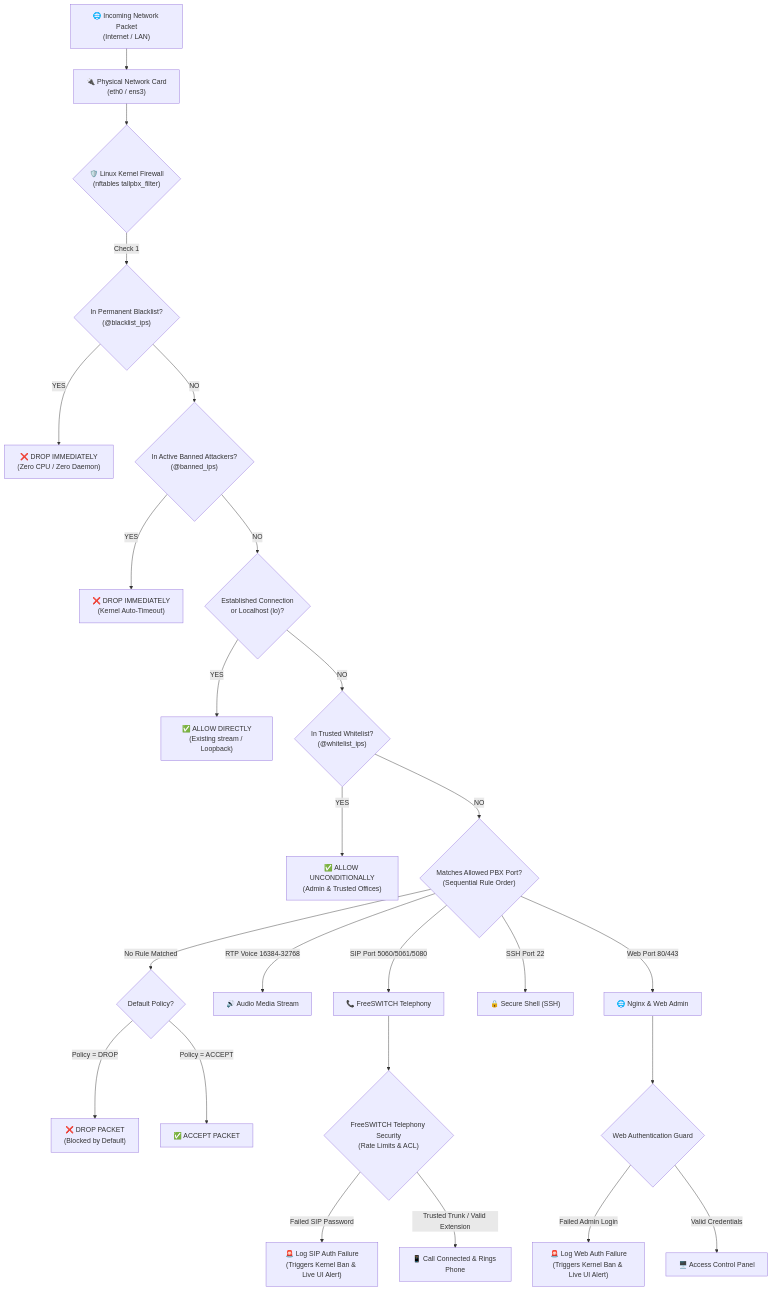
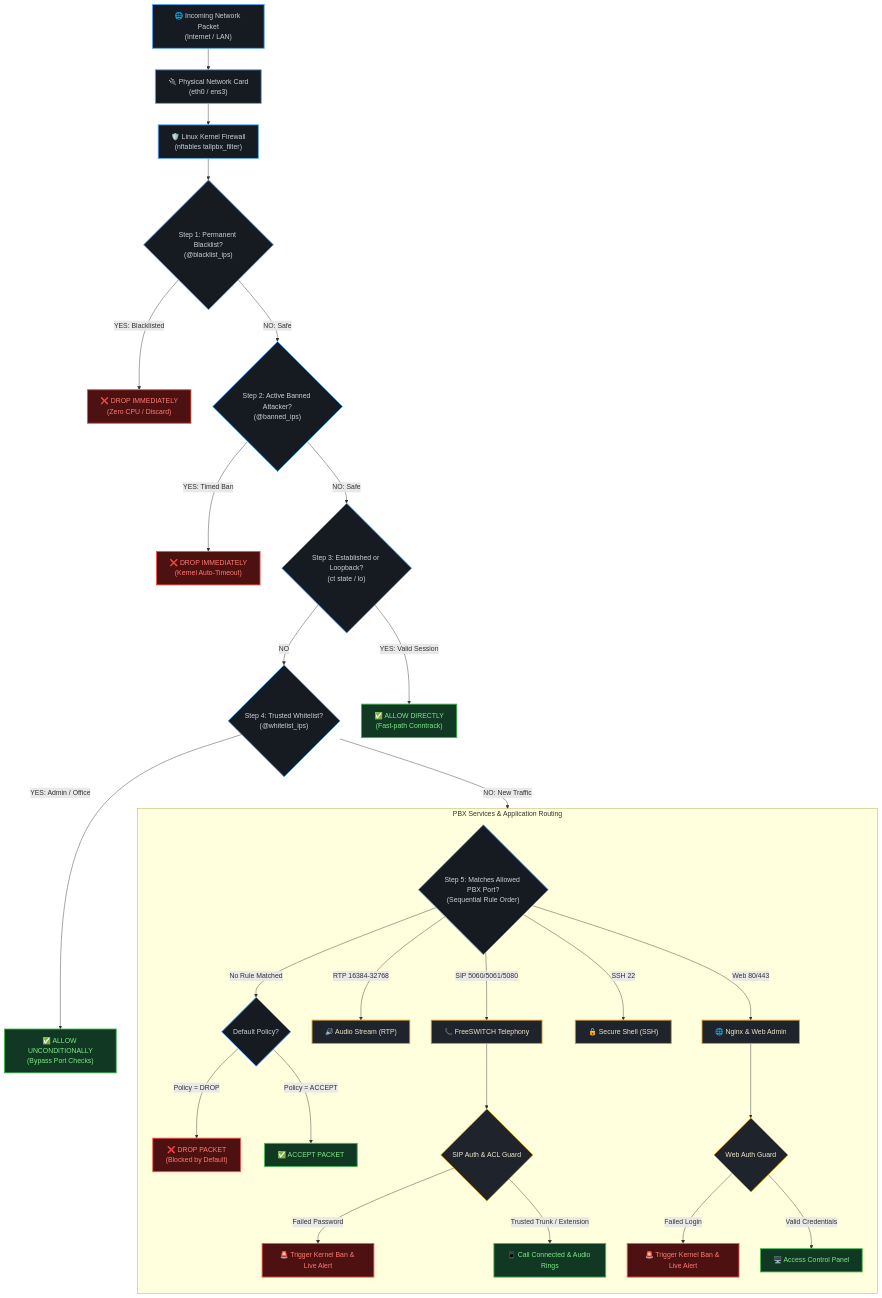
Before and after one commit to tallpbx/tallpbx: the first of 3 diagrams in docs/security-architecture.md, drawn with Mermaid. The commit also changed other lines of this file, not shown here.

Commit message:
docs(security): center packet flow diagram layout and document CLI/nftables commands with UI comparison

````diff
--- a/docs/security-architecture.md
+++ b/docs/security-architecture.md
@@ -13,44 +13,47 @@
 ```mermaid
 flowchart TD
-    A["🌐 Incoming Network Packet<br/>(Internet / LAN)"] --> B["🔌 Physical Network Card<br/>(eth0 / ens3)"]
-    B --> C{"🛡️ Linux Kernel Firewall<br/>(nftables tallpbx_filter)"}
+    %% Styling Classes
+    classDef drop fill:#4d1111,stroke:#f85149,stroke-width:2px,color:#ff7b72
+    classDef allow fill:#113822,stroke:#3fb950,stroke-width:2px,color:#7ee787
+    classDef spine fill:#161b22,stroke:#58a6ff,stroke-width:2px,color:#c9d1d9
+    classDef svc fill:#1f242c,stroke:#d29922,stroke-width:2px,color:#f0e6c8
 
-    %% Firewall Step 1
-    C -->|Check 1| D{"In Permanent Blacklist?<br/>(@blacklist_ips)"}
-    D -->|YES| DROP1["❌ DROP IMMEDIATELY<br/>(Zero CPU / Zero Daemon)"]
+    %% Root Ingress Trunk (Centered)
+    A["🌐 Incoming Network Packet<br/>(Internet / LAN)"]:::spine --> B["🔌 Physical Network Card<br/>(eth0 / ens3)"]:::spine
+    B --> C["🛡️ Linux Kernel Firewall<br/>(nftables tallpbx_filter)"]:::spine
 
-    %% Firewall Step 2
-    D -->|NO| E{"In Active Banned Attackers?<br/>(@banned_ips)"}
-    E -->|YES| DROP2["❌ DROP IMMEDIATELY<br/>(Kernel Auto-Timeout)"]
+    %% Pre-Filter Decisions: Drops on Left, Passes on Right, Center Spine
+    C --> D{"Step 1: Permanent Blacklist?<br/>(@blacklist_ips)"}:::spine
+    D -->|YES: Blacklisted| DROP1["❌ DROP IMMEDIATELY<br/>(Zero CPU / Discard)"]:::drop
+    D -->|NO: Safe| E{"Step 2: Active Banned Attacker?<br/>(@banned_ips)"}:::spine
 
-    %% Firewall Step 3
-    E -->|NO| F{"Established Connection<br/>or Localhost (lo)?"}
-    F -->|YES| PASS1["✅ ALLOW DIRECTLY<br/>(Existing stream / Loopback)"]
+    E -->|YES: Timed Ban| DROP2["❌ DROP IMMEDIATELY<br/>(Kernel Auto-Timeout)"]:::drop
+    E -->|NO: Safe| F{"Step 3: Established or Loopback?<br/>(ct state / lo)"}:::spine
 
-    %% Firewall Step 4
-    F -->|NO| G{"In Trusted Whitelist?<br/>(@whitelist_ips)"}
-    G -->|YES| PASS2["✅ ALLOW UNCONDITIONALLY<br/>(Admin & Trusted Offices)"]
+    F -->|NO| G{"Step 4: Trusted Whitelist?<br/>(@whitelist_ips)"}:::spine
+    F -->|YES: Valid Session| PASS1["✅ ALLOW DIRECTLY<br/>(Fast-path Conntrack)"]:::allow
 
-    %% Firewall Step 5
-    G -->|NO| H{"Matches Allowed PBX Port?<br/>(Sequential Rule Order)"}
+    G -->|NO: New Traffic| H{"Step 5: Matches Allowed PBX Port?<br/>(Sequential Rule Order)"}:::spine
+    G -->|YES: Admin / Office| PASS2["✅ ALLOW UNCONDITIONALLY<br/>(Bypass Port Checks)"]:::allow
 
-    %% Service Distribution
-    H -->|SIP Port 5060/5061/5080| I["📞 FreeSWITCH Telephony"]
-    H -->|RTP Voice 16384-32768| J["🔊 Audio Media Stream"]
-    H -->|Web Port 80/443| K["🌐 Nginx & Web Admin"]
-    H -->|SSH Port 22| L["🔒 Secure Shell (SSH)"]
-    H -->|No Rule Matched| M{"Default Policy?"}
+    %% PBX Services Subgraph (Evenly Distributed)
+    subgraph SERVICES ["PBX Services & Application Routing"]
+        direction TB
+        H -->|SIP 5060/5061/5080| I["📞 FreeSWITCH Telephony"]:::svc
+        H -->|RTP 16384-32768| J["🔊 Audio Stream (RTP)"]:::svc
+        H -->|Web 80/443| K["🌐 Nginx & Web Admin"]:::svc
+        H -->|SSH 22| L["🔒 Secure Shell (SSH)"]:::svc
+        H -->|No Rule Matched| M{"Default Policy?"}:::spine
 
-    M -->|Policy = DROP| DROP3["❌ DROP PACKET<br/>(Blocked by Default)"]
-    M -->|Policy = ACCEPT| PASS3["✅ ACCEPT PACKET"]
+        M -->|Policy = DROP| DROP3["❌ DROP PACKET<br/>(Blocked by Default)"]:::drop
+        M -->|Policy = ACCEPT| PASS3["✅ ACCEPT PACKET"]:::allow
 
-    %% Deep Telephony Inspection
-    I --> N{"FreeSWITCH Telephony Security<br/>(Rate Limits & ACL)"}
-    N -->|Failed SIP Password| O["🚨 Log SIP Auth Failure<br/>(Triggers Kernel Ban & Live UI Alert)"]
-    N -->|Trusted Trunk / Valid Extension| P["📱 Call Connected & Rings Phone"]
+        I --> N{"SIP Auth & ACL Guard"}:::svc
+        N -->|Failed Password| O["🚨 Trigger Kernel Ban & Live Alert"]:::drop
+        N -->|Trusted Trunk / Extension| P["📱 Call Connected & Audio Rings"]:::allow
 
-    %% Web Security Inspection
-    K --> Q{"Web Authentication Guard"}
-    Q -->|Failed Admin Login| R["🚨 Log Web Auth Failure<br/>(Triggers Kernel Ban & Live UI Alert)"]
-    Q -->|Valid Credentials| S["🖥️ Access Control Panel"]
+        K --> Q{"Web Auth Guard"}:::svc
+        Q -->|Failed Login| R["🚨 Trigger Kernel Ban & Live Alert"]:::drop
+        Q -->|Valid Credentials| S["🖥️ Access Control Panel"]:::allow
+    end
 ```
````
